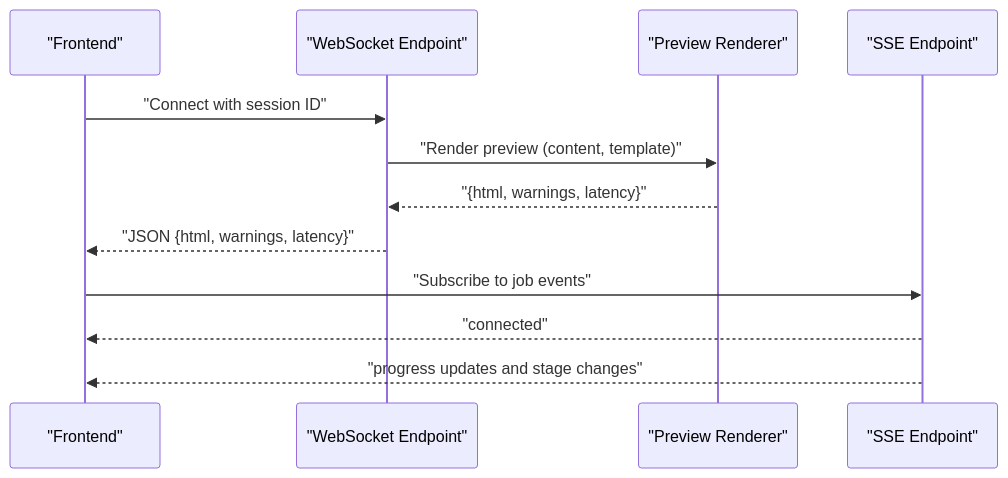
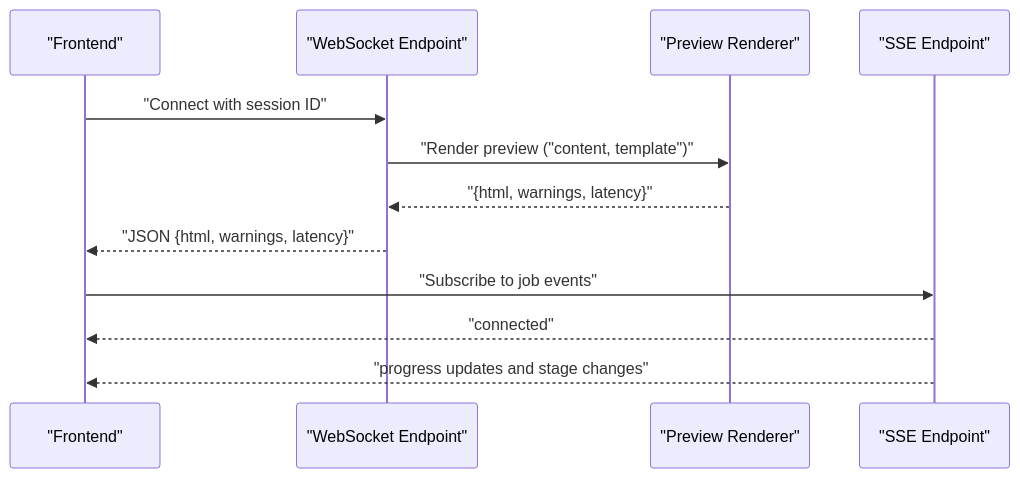
Before and after one commit to rohitkumarnaidu/ScholarFormAI: the second of 9 diagrams in docs/docs/knowledge/Frontend Development/State Management/Real-time State Management.md, drawn with Mermaid. The commit also changed other lines of this file and 611 other files, not shown here.

````diff
--- a/docs/docs/knowledge/Frontend Development/State Management/Real-time State Management.md
+++ b/docs/docs/knowledge/Frontend Development/State Management/Real-time State Management.md
@@ -123,14 +123,14 @@
 ```mermaid
 sequenceDiagram
 participant FE as "Frontend"
 participant WS as "WebSocket Endpoint"
 participant RR as "Preview Renderer"
 participant SSE as "SSE Endpoint"
 FE->>WS : "Connect with session ID"
-WS->>RR : "Render preview (content, template)"
+WS->>RR : "Render preview ("content, template")"
 RR-->>WS : "{html, warnings, latency}"
 WS-->>FE : "JSON {html, warnings, latency}"
 FE->>SSE : "Subscribe to job events"
 SSE-->>FE : "connected"
 SSE-->>FE : "progress updates and stage changes"
 ```
````
